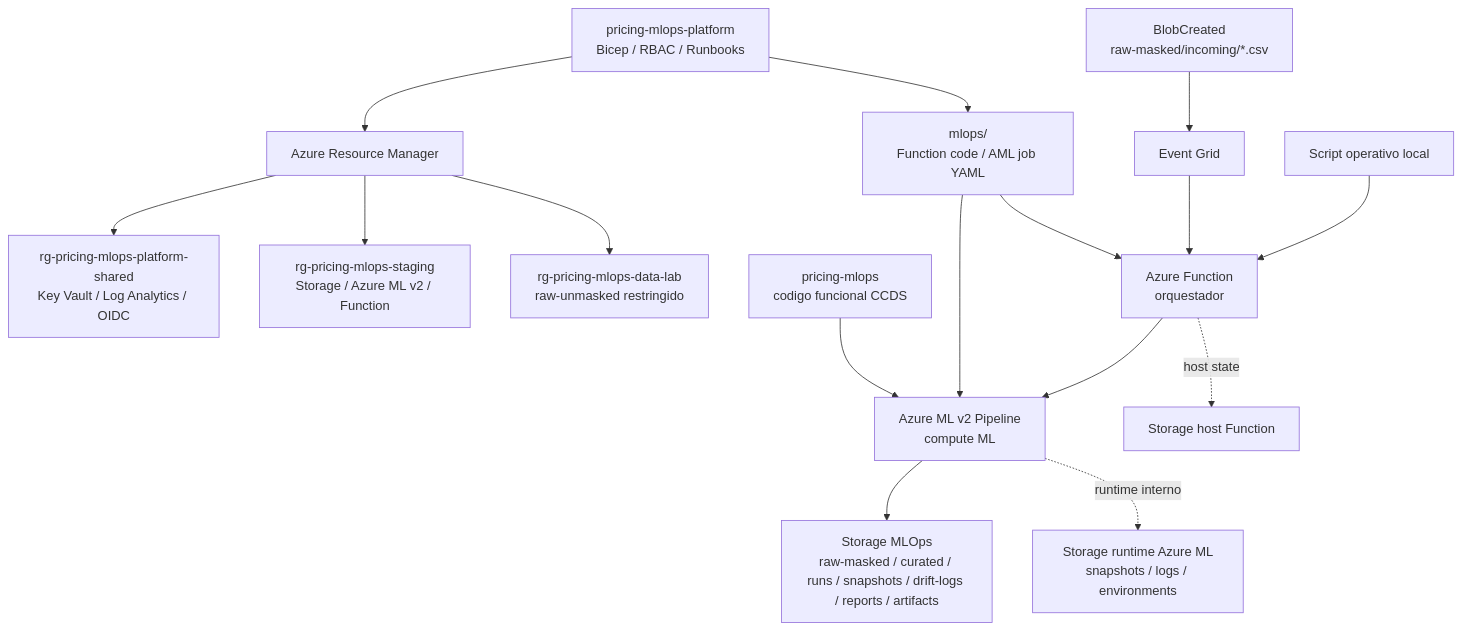
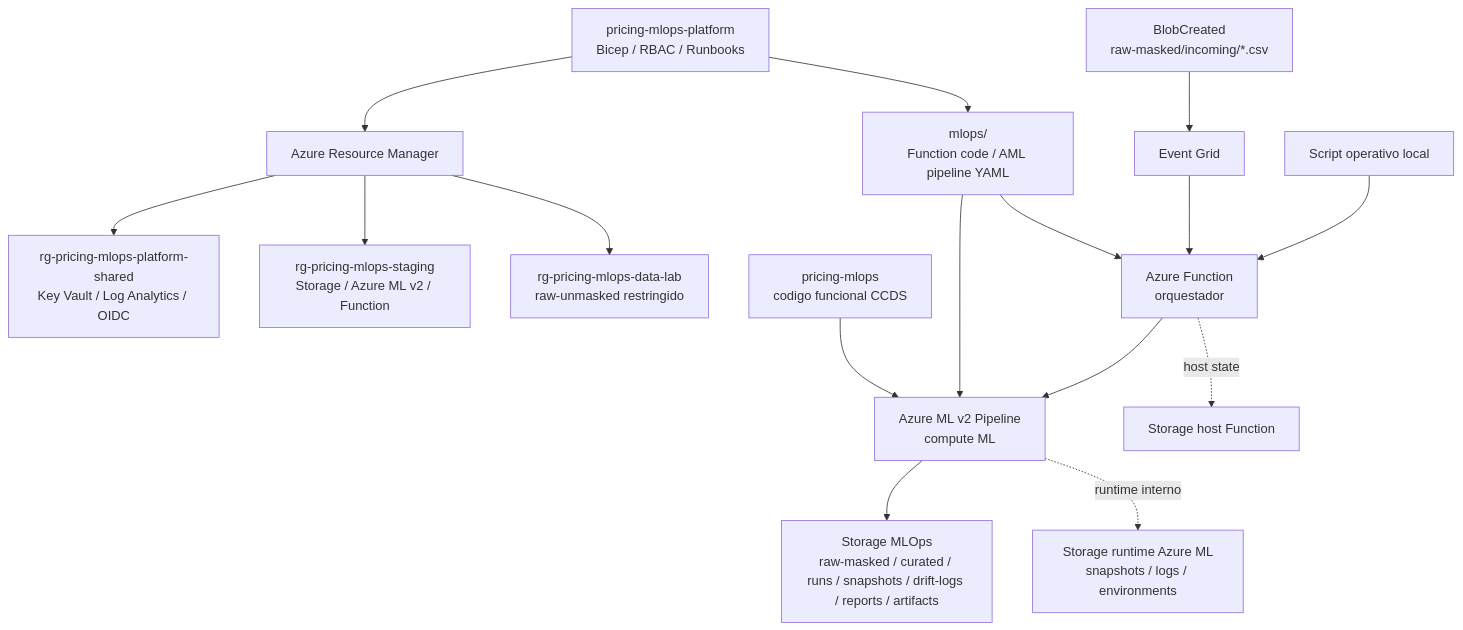
The diagram in README.md (tecmx-team46-pricing/pricing-mlops-platform), drawn with Mermaid before and after one commit. The commit also changed other lines of this file and 6 other files, not shown here.

````diff
--- a/README.md
+++ b/README.md
@@ -27,19 +27,19 @@
 ```mermaid
 flowchart TD
   Platform["pricing-mlops-platform<br/>Bicep / RBAC / Runbooks"] --> ARM["Azure Resource Manager"]
   ARM --> Shared["rg-pricing-mlops-platform-shared<br/>Key Vault / Log Analytics / OIDC"]
   ARM --> Staging["rg-pricing-mlops-staging<br/>Storage / Azure ML v2 / Function"]
   ARM --> DataLab["rg-pricing-mlops-data-lab<br/>raw-unmasked restringido"]
 
   Operator["Script operativo local"] --> Function["Azure Function<br/>orquestador"]
   Incoming["BlobCreated<br/>raw-masked/incoming/*.csv"] --> EventGrid["Event Grid"]
   EventGrid --> Function
   Function --> AML["Azure ML v2 Pipeline<br/>compute ML"]
   AML --> Storage["Storage MLOps<br/>raw-masked / curated / runs / snapshots / drift-logs / reports / artifacts"]
   AML -. runtime interno .-> AMLRuntime["Storage runtime Azure ML<br/>snapshots / logs / environments"]
   Function -. host state .-> FunctionStorage["Storage host Function"]
-  Platform --> Runtime["mlops/<br/>Function code / AML job YAML"]
+  Platform --> Runtime["mlops/<br/>Function code / AML pipeline YAML"]
   Runtime --> Function
   Runtime --> AML
   ModelRepo["pricing-mlops<br/>codigo funcional CCDS"] --> AML
 ```
````
